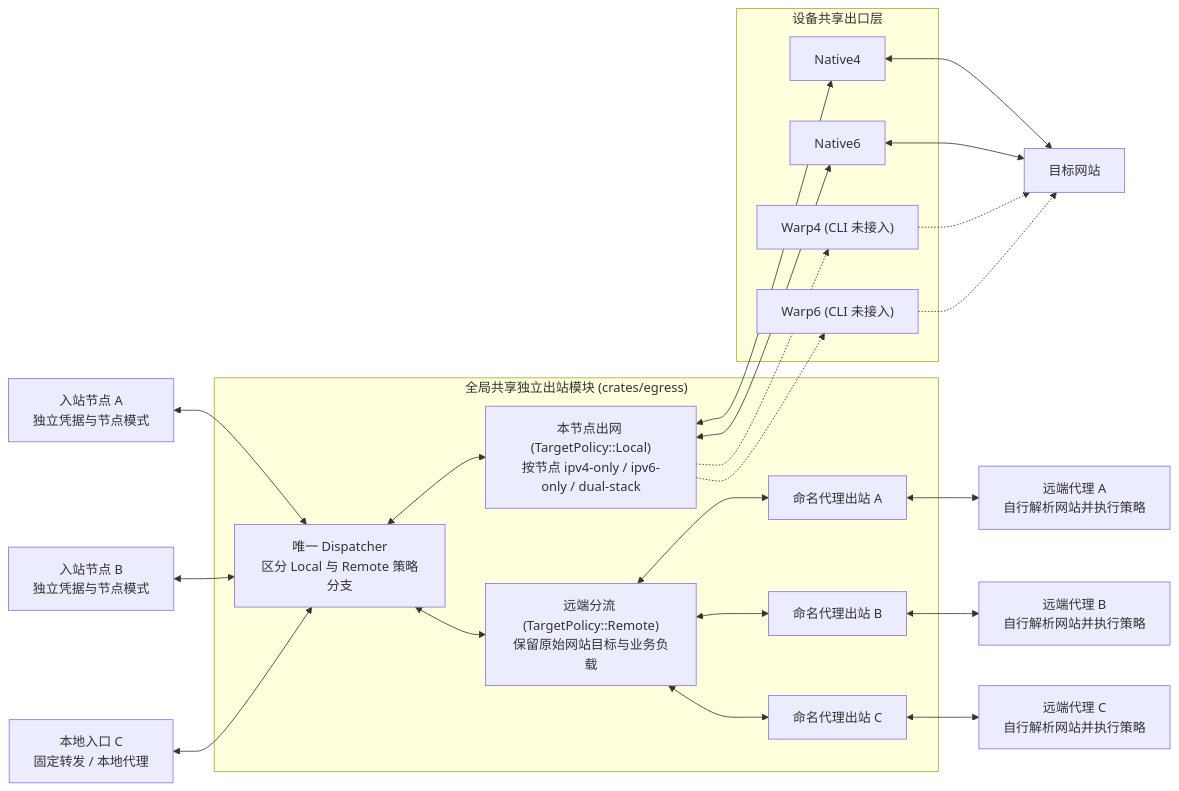
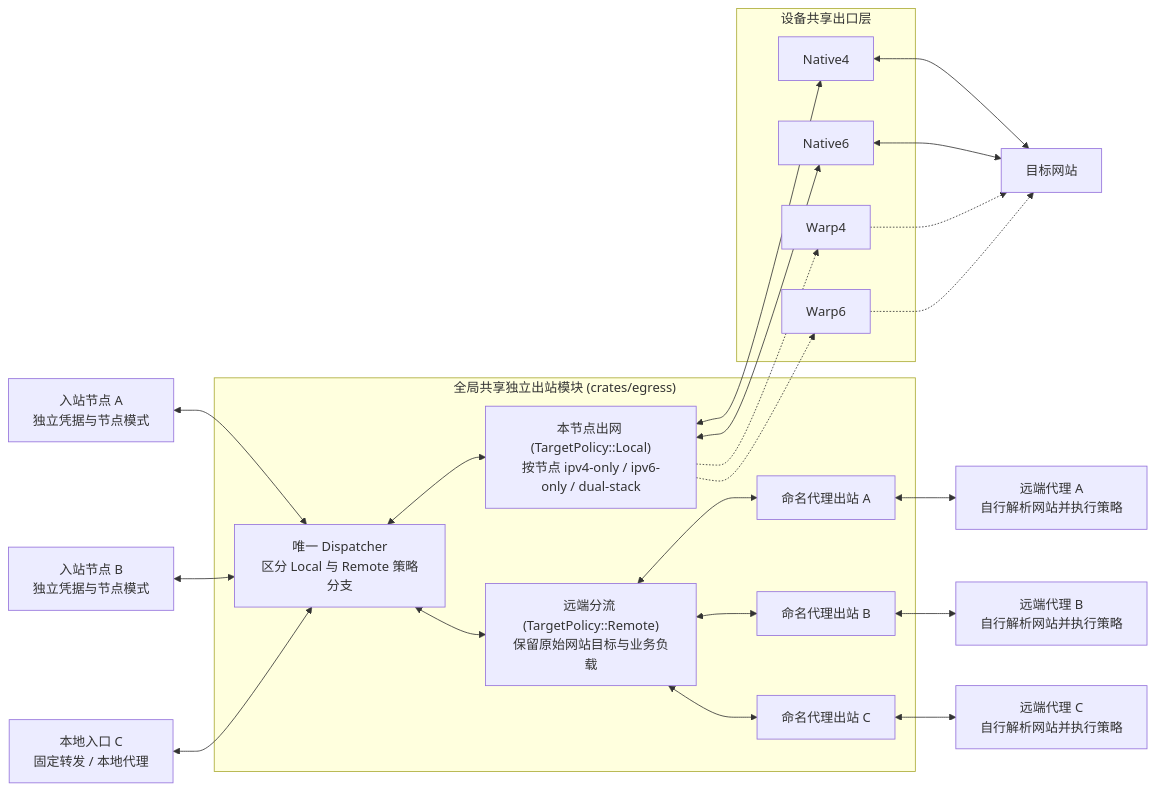
One commit to yuuuki-creation/kerlico changed the diagram in docs/node-egress.md. Above: the diagram before and after it, drawn with Mermaid. The commit also changed other lines of this file and 40 other files, not shown here.

````diff
--- a/docs/node-egress.md
+++ b/docs/node-egress.md
@@ -24,36 +24,36 @@
 ```mermaid
 flowchart LR
     N1["入站节点 A\n独立凭据与节点模式"] <--> D
     N2["入站节点 B\n独立凭据与节点模式"] <--> D
     N3["本地入口 C\n固定转发 / 本地代理"] <--> D
     subgraph E["全局共享独立出站模块 (crates/egress)"]
         D["唯一 Dispatcher\n区分 Local 与 Remote 策略分支"]
         L["本节点出网 (TargetPolicy::Local)\n按节点 ipv4-only / ipv6-only / dual-stack"]
         R["远端分流 (TargetPolicy::Remote)\n保留原始网站目标与业务负载"]
         O1["命名代理出站 A"]
         O2["命名代理出站 B"]
         O3["命名代理出站 C"]
         D <--> L
         D <--> R
         R <--> O1
         R <--> O2
         R <--> O3
     end
     subgraph H["设备共享出口层"]
         A4["Native4"]
         A6["Native6"]
-        W4["Warp4 (CLI 未接入)"]
-        W6["Warp6 (CLI 未接入)"]
+        W4["Warp4"]
+        W6["Warp6"]
     end
     L <--> A4
     L <--> A6
     L -.-> W4
     L -.-> W6
     A4 <--> T["目标网站"]
     A6 <--> T
     W4 -.-> T
     W6 -.-> T
     O1 <--> PA["远端代理 A\n自行解析网站并执行策略"]
     O2 <--> PB["远端代理 B\n自行解析网站并执行策略"]
     O3 <--> PC["远端代理 C\n自行解析网站并执行策略"]
 ```
````
